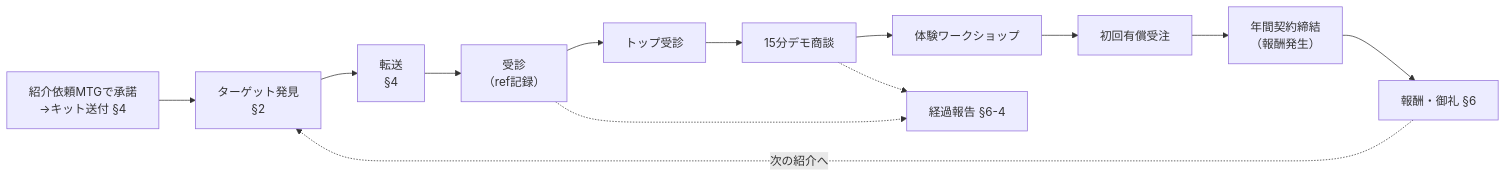
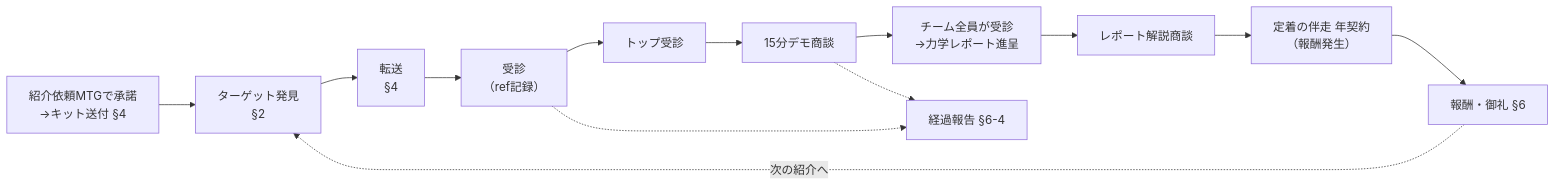
One commit to yuki-b4/work-relation-quiz changed the diagram in 紹介制度設計.md. Above: the diagram before and after it, drawn with Mermaid. The commit also changed other lines of this file and 11 other files, not shown here.

````diff
--- a/紹介制度設計.md
+++ b/紹介制度設計.md
@@ -48,8 +48,8 @@
 ```mermaid
 flowchart LR
-  R0["紹介依頼MTGで承諾<br/>→キット送付 §4"] --> R1["ターゲット発見<br/>§2"] --> R2["転送<br/>§4"] --> E1["受診<br/>（ref記録）"] --> E2["トップ受診"] --> E3["15分デモ商談"] --> E4["体験ワークショップ"] --> E5["初回有償受注"] --> E6["年間契約締結<br/>（報酬発生）"]
+  R0["紹介依頼MTGで承諾<br/>→キット送付 §4"] --> R1["ターゲット発見<br/>§2"] --> R2["転送<br/>§4"] --> E1["受診<br/>（ref記録）"] --> E2["トップ受診"] --> E3["15分デモ商談"] --> E4["チーム全員が受診<br/>→力学レポート進呈"] --> E5["レポート解説商談"] --> E6["定着の伴走 年契約<br/>（報酬発生）"]
   E1 -.-> REP["経過報告 §6-4"]
   E3 -.-> REP
   E6 --> RW["報酬・御礼 §6"]
   RW -.->|"次の紹介へ"| R1
 ```
````
